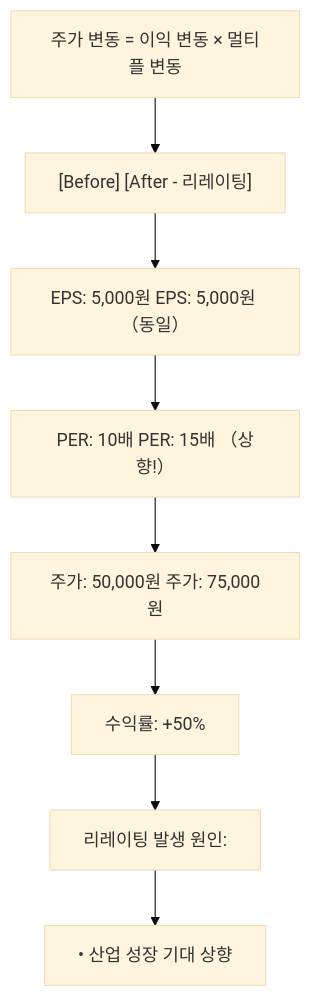
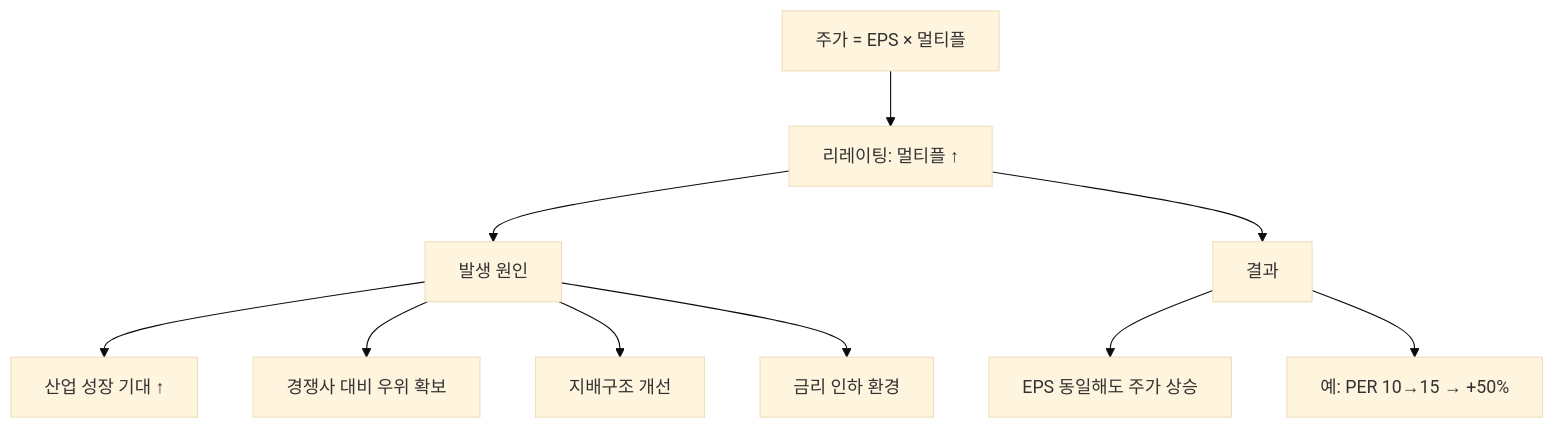
Before and after one commit to yeongseon/stock-visual-note: the diagram in content/stock-terms/ko/level-05-valuation/rerating.md, drawn with Mermaid (base theme). The commit also changed other lines of this file and 96 other files, not shown here.

Commit message:
Rewrite all 98 remaining articles: branching Mermaid diagrams, natural search_intent, compelling seo_titles, clean descriptions

````diff
--- a/content/stock-terms/ko/level-05-valuation/rerating.md
+++ b/content/stock-terms/ko/level-05-valuation/rerating.md
@@ -39,18 +39,13 @@
 ```mermaid
 graph TD
-    N0["주가 변동 = 이익 변동 × 멀티플 변동"]
-    N1["[Before] [After - 리레이팅]"]
-    N2["EPS: 5,000원 EPS: 5,000원 （동일）"]
-    N3["PER: 10배 PER: 15배 （상향!）"]
-    N4["주가: 50,000원 주가: 75,000원"]
-    N5["수익률: +50%"]
-    N6["리레이팅 발생 원인:"]
-    N7["• 산업 성장 기대 상향"]
-    N0 --> N1
-    N1 --> N2
-    N2 --> N3
-    N3 --> N4
-    N4 --> N5
-    N5 --> N6
-    N6 --> N7
+    A["주가 = EPS × 멀티플"]
+    A --> B["리레이팅: 멀티플 ↑"]
+    B --> C["발생 원인"]
+    B --> D["결과"]
+    C --> C1["산업 성장 기대 ↑"]
+    C --> C2["경쟁사 대비 우위 확보"]
+    C --> C3["지배구조 개선"]
+    C --> C4["금리 인하 환경"]
+    D --> D1["EPS 동일해도 주가 상승"]
+    D --> D2["예: PER 10→15 → +50%"]
 ```
````
